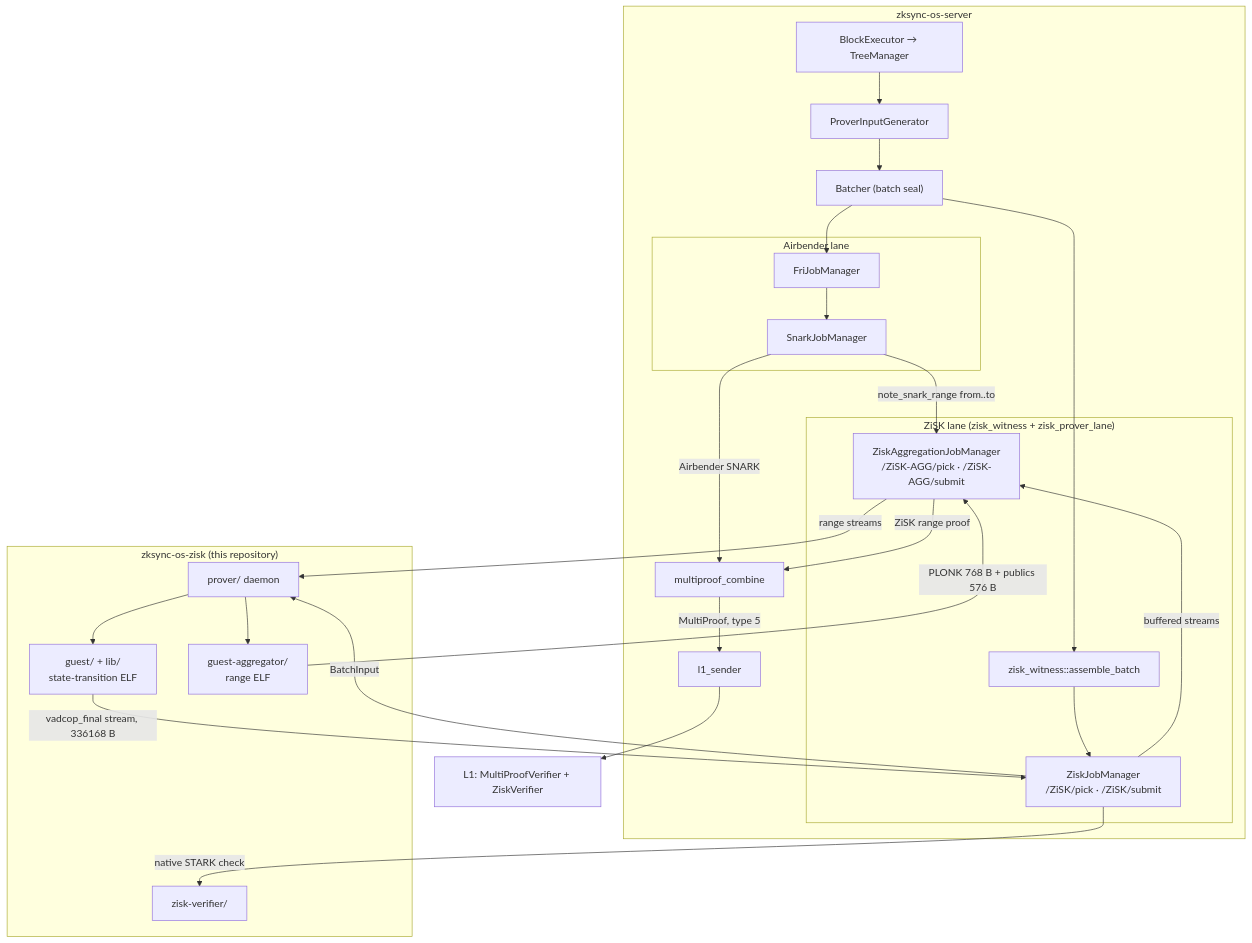
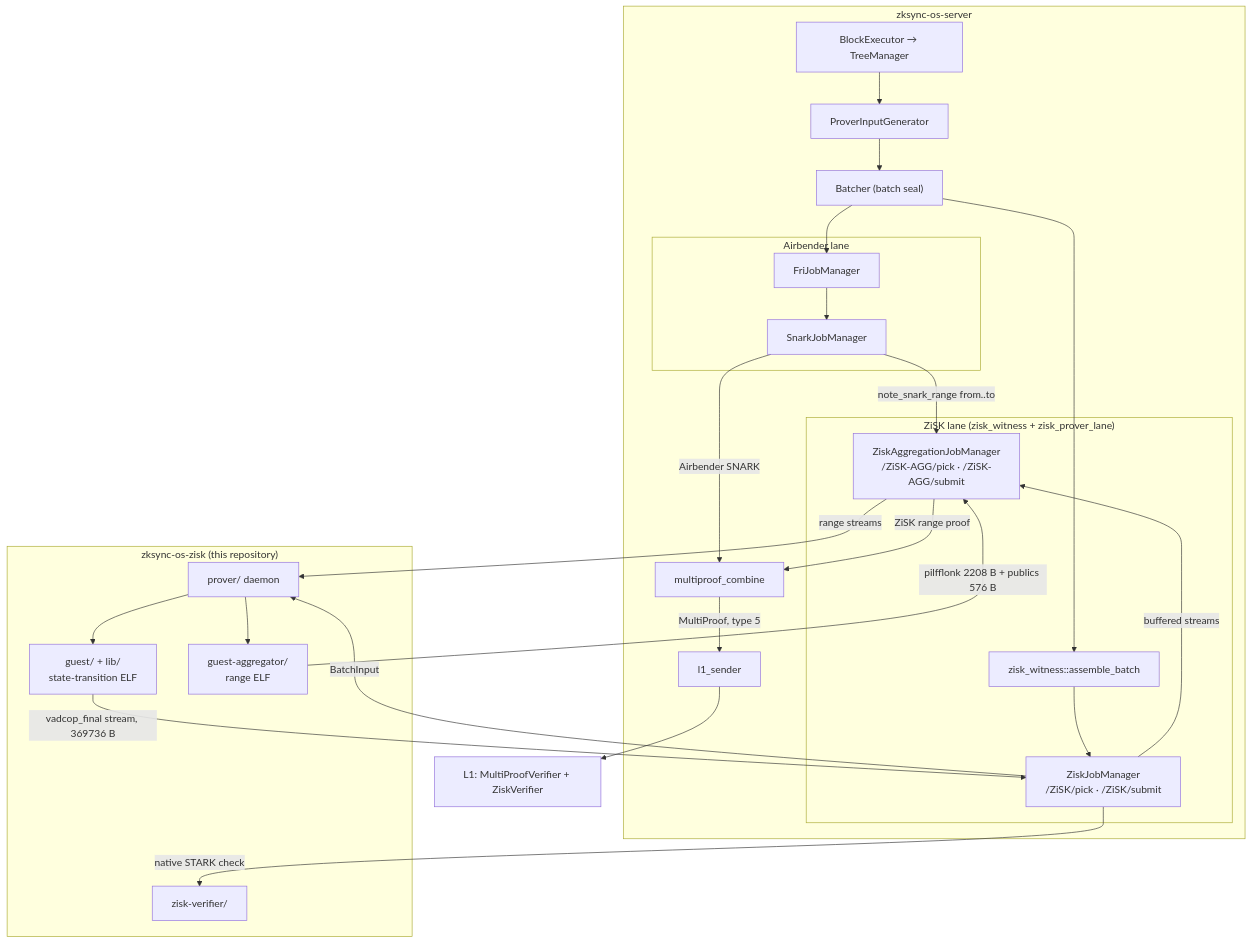
The diagram in docs/multiprover.md (matter-labs/zksync-os-zisk), drawn with Mermaid before and after one commit. The commit also changed other lines of this file and 64 other files, not shown here.

````diff
--- a/docs/multiprover.md
+++ b/docs/multiprover.md
@@ -57,48 +57,48 @@
 ```mermaid
 flowchart TB
     subgraph server["zksync-os-server"]
         BE["BlockExecutor → TreeManager"]
         PIG["ProverInputGenerator"]
         BAT["Batcher (batch seal)"]
         subgraph air["Airbender lane"]
             FRI["FriJobManager"]
             SNK["SnarkJobManager"]
         end
         subgraph zisk["ZiSK lane (zisk_witness + zisk_prover_lane)"]
             ZW["zisk_witness::assemble_batch"]
             ZJM["ZiskJobManager<br/>/ZiSK/pick · /ZiSK/submit"]
             ZAM["ZiskAggregationJobManager<br/>/ZiSK-AGG/pick · /ZiSK-AGG/submit"]
         end
         MPC["multiproof_combine"]
         L1S["l1_sender"]
     end
 
     subgraph repo["zksync-os-zisk (this repository)"]
         DAEMON["prover/ daemon"]
         GUEST["guest/ + lib/<br/>state-transition ELF"]
         AGGG["guest-aggregator/<br/>range ELF"]
         VER["zisk-verifier/"]
     end
 
     L1["L1: MultiProofVerifier + ZiskVerifier"]
 
     BE --> PIG --> BAT
     BAT --> FRI --> SNK
     BAT --> ZW --> ZJM
 
     ZJM -->|"BatchInput"| DAEMON
     DAEMON --> GUEST
-    GUEST -->|"vadcop_final stream, 336168 B"| ZJM
+    GUEST -->|"vadcop_final stream, 369736 B"| ZJM
     ZJM -->|"native STARK check"| VER
     ZJM -->|"buffered streams"| ZAM
     SNK -->|"note_snark_range from..to"| ZAM
 
     ZAM -->|"range streams"| DAEMON
     DAEMON --> AGGG
-    AGGG -->|"PLONK 768 B + publics 576 B"| ZAM
+    AGGG -->|"pilfflonk 2208 B + publics 576 B"| ZAM
 
     SNK -->|"Airbender SNARK"| MPC
     ZAM -->|"ZiSK range proof"| MPC
     MPC -->|"MultiProof, type 5"| L1S
     L1S --> L1
 ```
````
